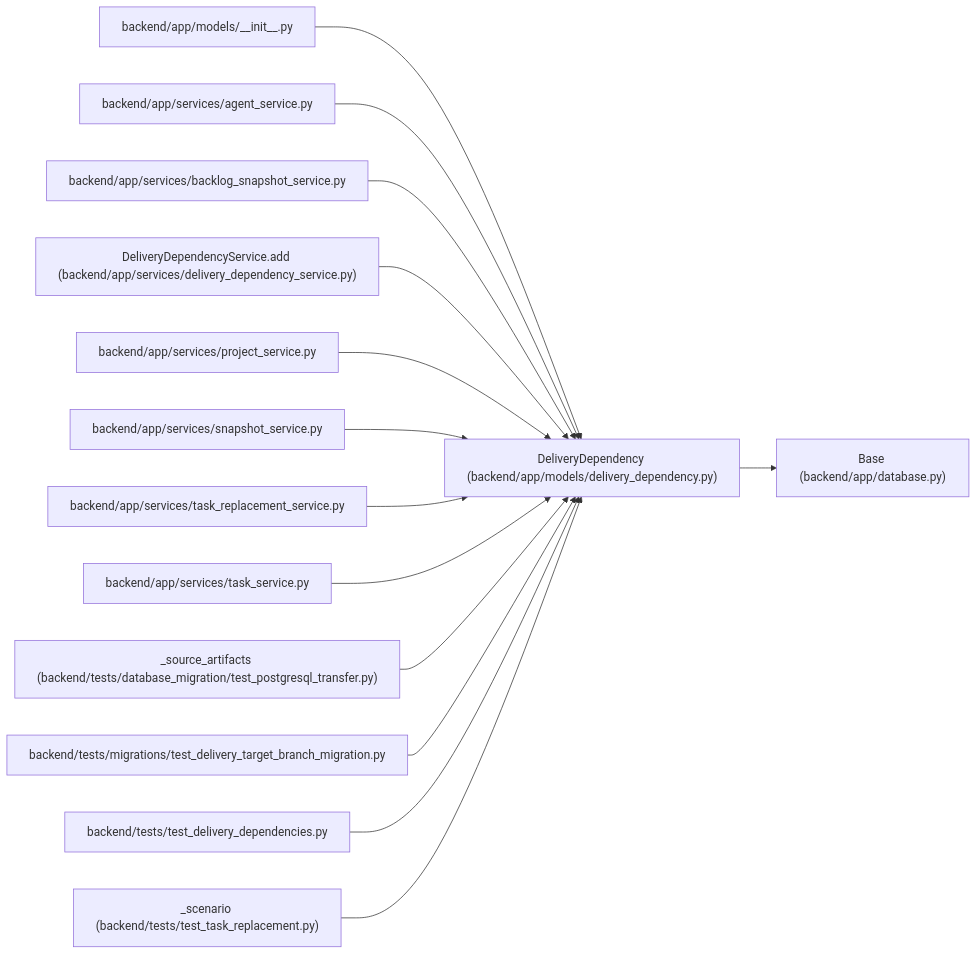
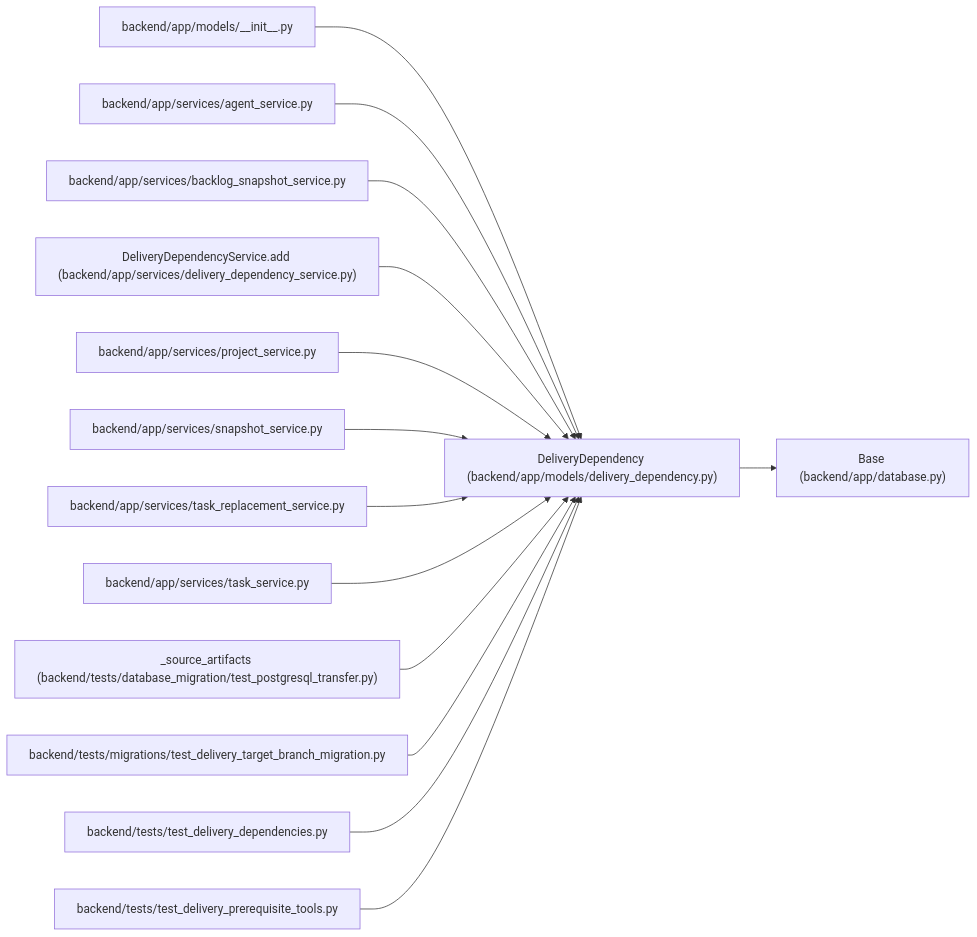
One commit to Denissvgn/WorkChord changed the diagram in docs/llm_wiki/entities/DeliveryDependency.md. Above: the diagram before and after it, drawn with Mermaid. The commit also changed other lines of this file and 1420 other files, not shown here.

First line of the commit message:
Refresh the architectural wiki for the 1.10.0 changes

````diff
--- a/docs/llm_wiki/entities/DeliveryDependency.md
+++ b/docs/llm_wiki/entities/DeliveryDependency.md
@@ -29,44 +29,44 @@
 ```mermaid
 flowchart LR
     n0["DeliveryDependency (backend/app/models/delivery_dependency.py)"]
     n1["Base (backend/app/database.py)"]
     n2["backend/app/models/__init__.py"]
     n3["backend/app/services/agent_service.py"]
     n4["backend/app/services/backlog_snapshot_service.py"]
     n5["DeliveryDependencyService.add (backend/app/services/delivery_dependency_service.py)"]
     n6["backend/app/services/project_service.py"]
     n7["backend/app/services/snapshot_service.py"]
     n8["backend/app/services/task_replacement_service.py"]
     n9["backend/app/services/task_service.py"]
     n10["_source_artifacts (backend/tests/database_migration/test_postgresql_transfer.py)"]
     n11["backend/tests/migrations/test_delivery_target_branch_migration.py"]
     n12["backend/tests/test_delivery_dependencies.py"]
-    n13["_scenario (backend/tests/test_task_replacement.py)"]
+    n13["backend/tests/test_delivery_prerequisite_tools.py"]
     n0 --> n1
     n2 --> n0
     n3 --> n0
     n4 --> n0
     n5 --> n0
     n6 --> n0
     n7 --> n0
     n8 --> n0
     n9 --> n0
     n10 --> n0
     n11 --> n0
     n12 --> n0
     n13 --> n0
-    click n0 "../modules/delivery_dependency.md"
+    click n0 "../modules/models_delivery_dependency.md"
     click n1 "../modules/app_database.md"
     click n2 "../modules/models___init__.md"
     click n3 "../modules/agent_service.md"
     click n4 "../modules/backlog_snapshot_service.md"
     click n5 "../modules/delivery_dependency_service.md"
     click n6 "../modules/project_service.md"
     click n7 "../modules/snapshot_service.md"
     click n8 "../modules/task_replacement_service.md"
     click n9 "../modules/task_service.md"
     click n10 "../modules/test_postgresql_transfer.md"
     click n11 "../modules/test_delivery_target_branch_migration.md"
     click n12 "../modules/test_delivery_dependencies.md"
-    click n13 "../modules/test_task_replacement.md"
+    click n13 "../modules/test_delivery_prerequisite_tools.md"
 ```
````
